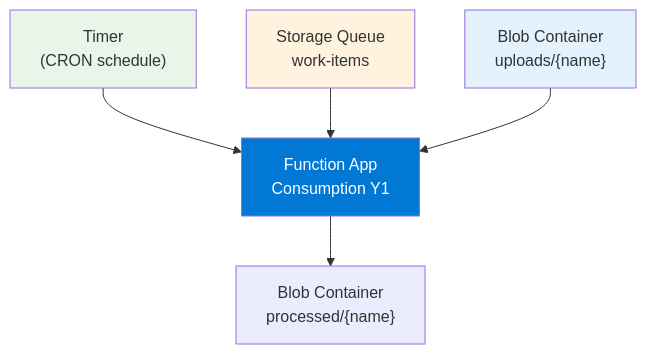
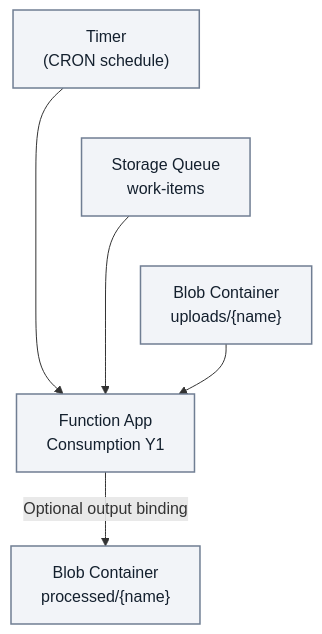
The first of 2 diagrams in docs/language-guides/nodejs/tutorial/consumption/07-extending-triggers.md (yeongseon/azure-functions-practical-guide), drawn with Mermaid before and after one commit. The commit also changed other lines of this file and 4 other files, not shown here.

First line of the commit message:
docs(diagrams): improve Node.js extending-trigger tutorial maps (#513)

````diff
--- a/docs/language-guides/nodejs/tutorial/consumption/07-extending-triggers.md
+++ b/docs/language-guides/nodejs/tutorial/consumption/07-extending-triggers.md
@@ -67,12 +67,14 @@
 ```mermaid
 flowchart TD
-    TIMER["Timer\n(CRON schedule)"] --> FA[Function App\nConsumption Y1]
-    QUEUE["Storage Queue\nwork-items"] --> FA
-    BLOB["Blob Container\nuploads/{name}"] --> FA
-    FA --> PROCESSED["Blob Container\nprocessed/{name}"]
+    accTitle: Node.js Consumption trigger overview
+    accDescr: Conceptual timer, work-items queue and uploads blob paths to a Node.js v4 Function App on Consumption Y1. The processed blob path is an optional output binding, not implemented by the logging-only blob sample below; source arrows identify triggers, not network initiators or HTTP ingress.
+    TIMER["Timer<br/>(CRON schedule)"] --> FA["Function App<br/>Consumption Y1"]
+    QUEUE["Storage Queue<br/>work-items"] --> FA
+    BLOB["Blob Container<br/>uploads/{name}"] --> FA
+    FA -->|Optional output binding| PROCESSED["Blob Container<br/>processed/{name}"]
+    %% Layout-only links tier independent sources; no execution steps or arrows added.
+    TIMER ~~~ QUEUE
+    QUEUE ~~~ BLOB
 
-    style FA fill:#0078d4,color:#fff
-    style TIMER fill:#E8F5E9
-    style QUEUE fill:#FFF3E0
-    style BLOB fill:#E3F2FD
+    classDef default fill:#f2f4f8,stroke:#707e93,stroke-width:1.5px,color:#14202e;
 ```
````
